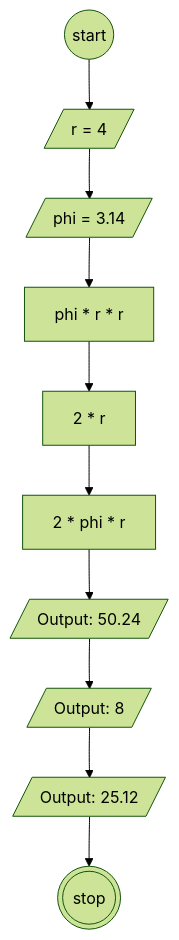
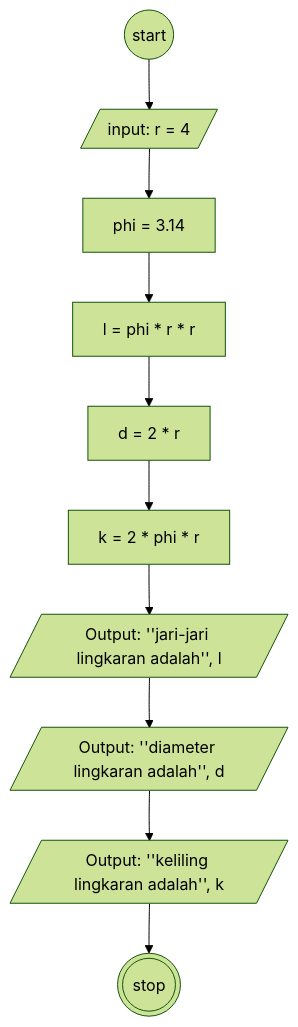
One commit to AbiPasundan/koda-b6-javascript1 changed the diagram in README.md. Above: the diagram before and after it, drawn with Mermaid (forest theme). The commit also changed 1 other file, not shown here.

````diff
--- a/README.md
+++ b/README.md
@@ -16,19 +16,19 @@
 ```mermaid
 flowchart TB
  Start@{ shape: circ, label: "start"}
- r@{ shape: lean-r, label: "r = 4"}
- phi@{ shape: lean-r, label: "phi = 3.14"}
+ r@{ shape: lean-r, label: "input: r = 4"}
+ phi@{ shape: rect, label: "phi = 3.14"}
 
 
- l@{ shape: rect, label: "phi * r * r "}
- d@{ shape: rect, label: "2 * r "}
- k@{ shape: rect, label: "2 * phi * r "}
+ l@{ shape: rect, label: "l = phi * r * r "}
+ d@{ shape: rect, label: "d = 2 * r "}
+ k@{ shape: rect, label: "k = 2 * phi * r "}
 
 
- OutputL@{ shape: lean-r, label: "Output: 50.24"}
- OutputD@{ shape: lean-r, label: "Output: 8"}
- OutputK@{ shape: lean-r, label: "Output: 25.12"}
+ OutputL@{ shape: lean-r, label: "Output: ''jari-jari lingkaran adalah'', l"}
+ OutputD@{ shape: lean-r, label: "Output: ''diameter lingkaran adalah'', d"}
+ OutputK@{ shape: lean-r, label: "Output: ''keliling lingkaran adalah'', k"}
  Stop@{ shape: dbl-circ, label: "stop"}
 
 Start-->r-->phi-->l-->d-->k-->OutputL-->OutputD-->OutputK-->Stop
 ```
````
